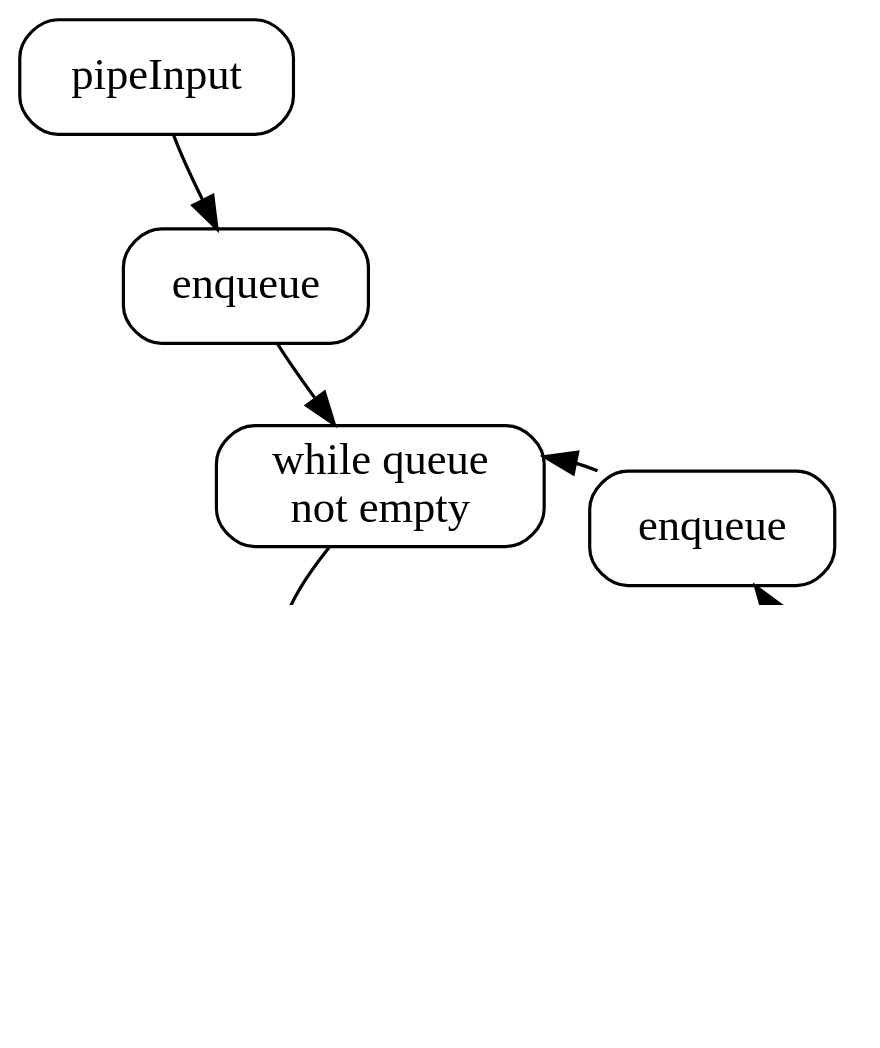
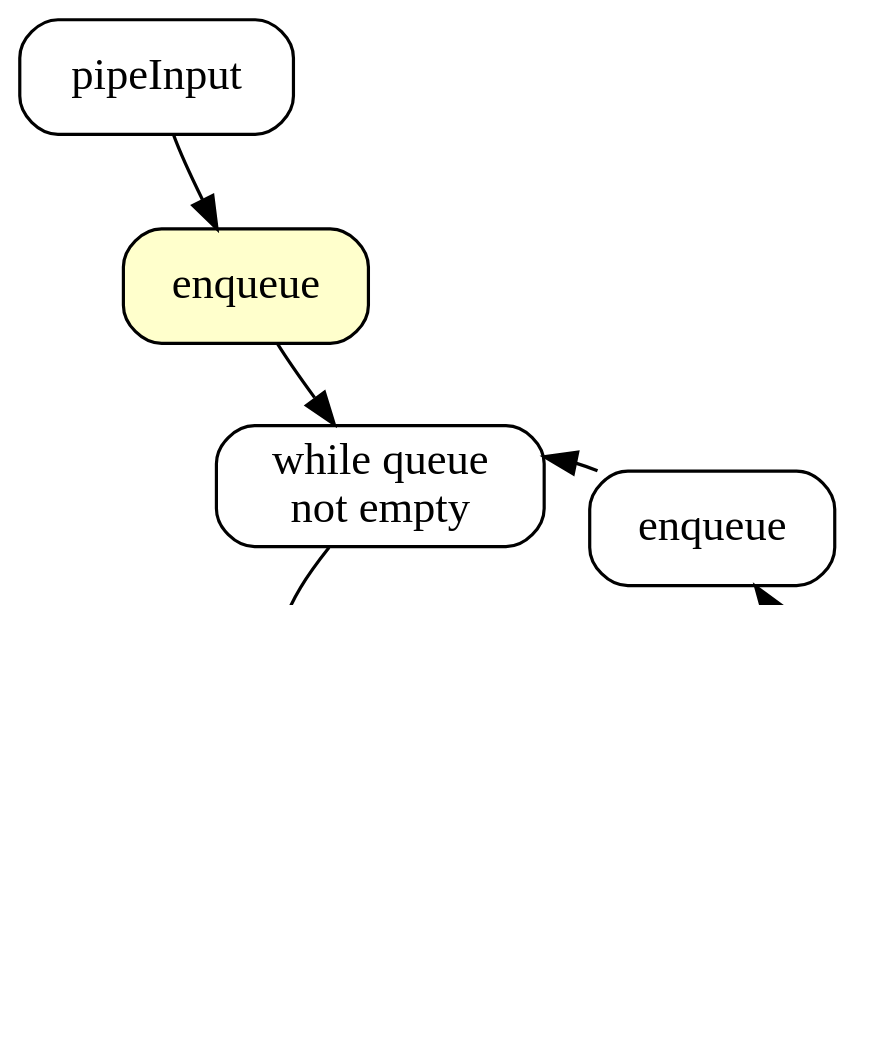
One commit to inponomarev/kstreams-testing-pitfalls changed diagram 28 of 46 in slides/src/main/asciidoc/lecture.adoc. Above: the diagram before and after it, drawn with Graphviz. The commit also changed other lines of this file and 1 other file, not shown here.

```diff
--- a/slides/src/main/asciidoc/lecture.adoc
+++ b/slides/src/main/asciidoc/lecture.adoc
@@ -909,20 +1219,21 @@
-[graphviz,"ttdloop.png"]
+[graphviz,"ttdloop2.png"]
 ----
 digraph G {
   graph [dpi = 130];
   layout="neato";
   splines=curved;
   node[shape="box"; style="rounded"];
   edge[len=1.3]
   pipeInput[pos="-1,3!"];
   pipeInput -> enqueue[len=1];
   enqueue -> while[len=1];
   while -> dequeue;
   dequeue -> process;
   process -> forward;
   forward -> enqueue2;
   enqueue2 -> while;
   while[label="while queue\nnot empty"]
   enqueue2[label="enqueue"]
+  enqueue[style="rounded,filled"; fillcolor="#ffffcc"];
 }
 ----
```
